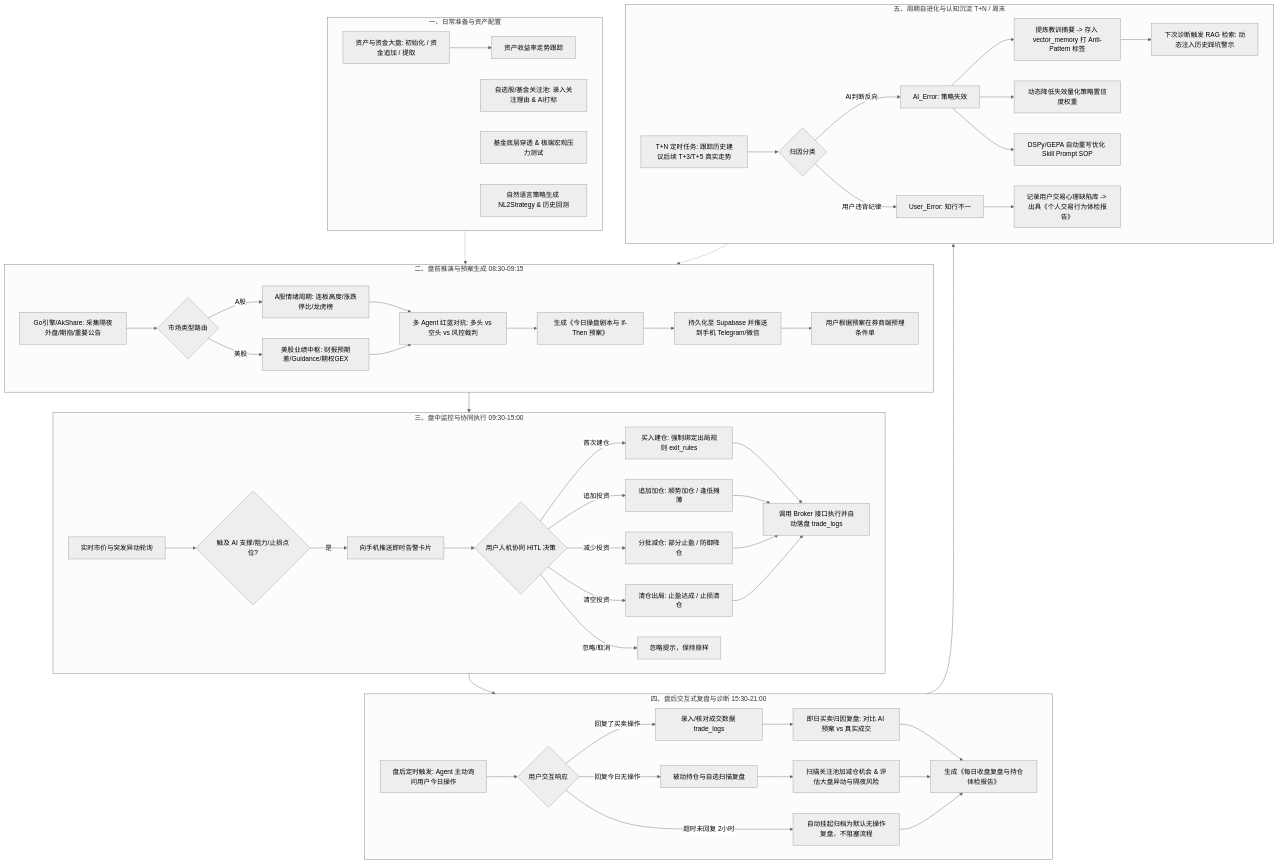
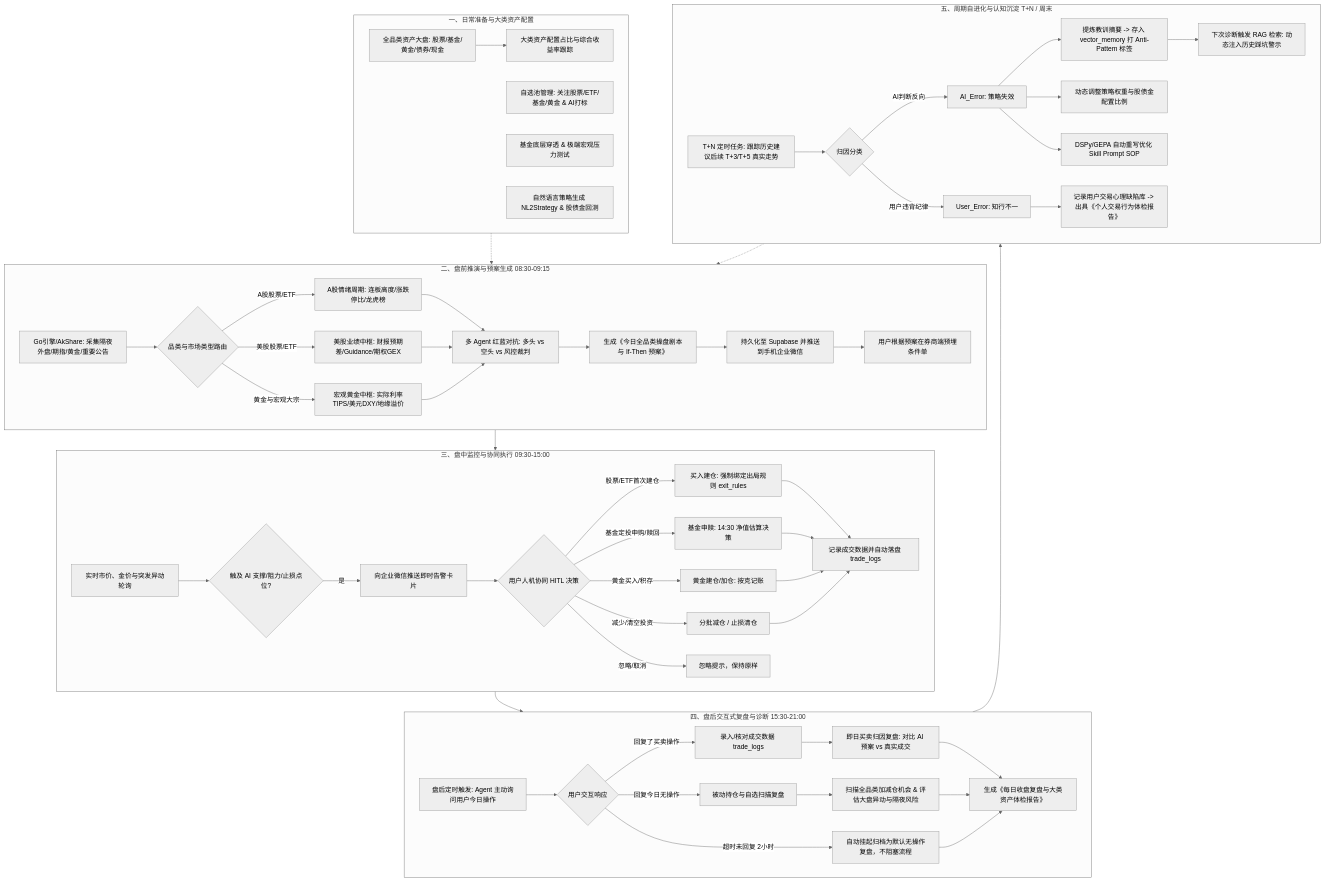
The first of 5 diagrams in docs/01.WealthSail投研平台需求文档.md (sinojelly/wealthsail), drawn with Mermaid (neutral theme) before and after one commit. The commit also changed other lines of this file and 2 other files, not shown here.

````diff
--- a/docs/01.WealthSail投研平台需求文档.md
+++ b/docs/01.WealthSail投研平台需求文档.md
@@ -49,73 +53,75 @@
 ```mermaid
 flowchart TD
     %% 阶段一：投前准备与资产管理
-    subgraph Phase1[一、日常准备与资产配置]
-        A1[资产与资金大盘: 初始化 / 资金追加 / 提取] --> A2[资产收益率走势跟踪]
-        A3[自选股/基金关注池: 录入关注理由 & AI打标]
+    subgraph Phase1[一、日常准备与大类资产配置]
+        A1[全品类资产大盘: 股票/基金/黄金/债券/现金] --> A2[大类资产配置占比与综合收益率跟踪]
+        A3[自选池管理: 关注股票/ETF/基金/黄金 & AI打标]
         A4[基金底层穿透 & 极端宏观压力测试]
-        A5[自然语言策略生成 NL2Strategy & 历史回测]
+        A5[自然语言策略生成 NL2Strategy & 股债金回测]
     end
 
     %% 阶段二：盘前推演与预案生成
     subgraph Phase2[二、盘前推演与预案生成 08:30-09:15]
-        B1[Go引擎/AkShare: 采集隔夜外盘/期指/重要公告] --> B2{市场类型路由}
-        B2 -- A股 --> B3[A股情绪周期: 连板高度/涨跌停比/龙虎榜]
-        B2 -- 美股 --> B4[美股业绩中枢: 财报预期差/Guidance/期权GEX]
-        B3 --> B5[多 Agent 红蓝对抗: 多头 vs 空头 vs 风控裁判]
-        B4 --> B5
-        B5 --> B6[生成《今日操盘剧本与 If-Then 预案》]
-        B6 --> B7[持久化至 Supabase 并推送到手机 Telegram/微信]
-        B7 --> B8[用户根据预案在券商端预埋条件单]
+        B1[Go引擎/AkShare: 采集隔夜外盘/期指/黄金/重要公告] --> B2{品类与市场类型路由}
+        B2 -- A股股票/ETF --> B3[A股情绪周期: 连板高度/涨跌停比/龙虎榜]
+        B2 -- 美股股票/ETF --> B4[美股业绩中枢: 财报预期差/Guidance/期权GEX]
+        B2 -- 黄金与宏观大宗 --> B5[宏观黄金中枢: 实际利率TIPS/美元DXY/地缘溢价]
+        B3 --> B6[多 Agent 红蓝对抗: 多头 vs 空头 vs 风控裁判]
+        B4 --> B6
+        B5 --> B6
+        B6 --> B7[生成《今日全品类操盘剧本与 If-Then 预案》]
+        B7 --> B8[持久化至 Supabase 并推送到手机企业微信]
+        B8 --> B9[用户根据预案在券商端预埋条件单]
     end
 
     %% 阶段三：盘中盯盘与协同执行
     subgraph Phase3[三、盘中监控与协同执行 09:30-15:00]
-        C1[实时市价与突发异动轮询] --> C2{触及 AI 支撑/阻力/止损点位?}
-        C2 -- 是 --> C3[向手机推送即时告警卡片]
+        C1[实时市价、金价与突发异动轮询] --> C2{触及 AI 支撑/阻力/止损点位?}
+        C2 -- 是 --> C3[向企业微信推送即时告警卡片]
         C3 --> C4{用户人机协同 HITL 决策}
         
-        C4 -- 首次建仓 --> C5[买入建仓: 强制绑定出局规则 exit_rules]
-        C4 -- 追加投资 --> C6[追加加仓: 顺势加仓 / 逢低摊薄]
-        C4 -- 减少投资 --> C7[分批减仓: 部分止盈 / 防御降仓]
-        C4 -- 清空投资 --> C8[清仓出局: 止盈达成 / 止损清仓]
+        C4 -- 股票/ETF首次建仓 --> C5[买入建仓: 强制绑定出局规则 exit_rules]
+        C4 -- 基金定投申购/赎回 --> C6[基金申赎: 14:30 净值估算决策]
+        C4 -- 黄金买入/积存 --> C7[黄金建仓/加仓: 按克记账]
+        C4 -- 减少/清空投资 --> C8[分批减仓 / 止损清仓]
         C4 -- 忽略/取消 --> C9[忽略提示，保持原样]
         
-        C5 & C6 & C7 & C8 --> C10[调用 Broker 接口执行并自动落盘 trade_logs]
+        C5 & C6 & C7 & C8 --> C10[记录成交数据并自动落盘 trade_logs]
     end
 
     %% 阶段四：盘后交互式复盘与诊断
     subgraph Phase4[四、盘后交互式复盘与诊断 15:30-21:00]
         D1[盘后定时触发: Agent 主动询问用户今日操作] --> D2{用户交互响应}
         
         D2 -- 回复了买卖操作 --> D3[录入/核对成交数据 trade_logs]
         D3 --> D4[即日买卖归因复盘: 对比 AI 预案 vs 真实成交]
         
         D2 -- 回复今日无操作 --> D5[被动持仓与自选扫描复盘]
-        D5 --> D6[扫描关注池加减仓机会 & 评估大盘异动与隔夜风险]
+        D5 --> D6[扫描全品类加减仓机会 & 评估大盘异动与隔夜风险]
         
         D2 -- 超时未回复 2小时 --> D7[自动挂起归档为默认无操作复盘，不阻塞流程]
         
-        D4 & D6 & D7 --> D8[生成《每日收盘复盘与持仓体检报告》]
+        D4 & D6 & D7 --> D8[生成《每日收盘复盘与大类资产体检报告》]
     end
 
     %% 阶段五：周期性自进化与认知沉淀
     subgraph Phase5[五、周期自进化与认知沉淀 T+N / 周末]
         E1[T+N 定时任务: 跟踪历史建议后续 T+3/T+5 真实走势] --> E2{归因分类}
         E2 -- AI判断反向 --> E3[AI_Error: 策略失效]
         E2 -- 用户违背纪律 --> E4[User_Error: 知行不一]
         
         E3 --> E5[提炼教训摘要 -> 存入 vector_memory 打 Anti-Pattern 标签]
-        E3 --> E6[动态降低失效量化策略置信度权重]
+        E3 --> E6[动态调整策略权重与股债金配置比例]
         E3 --> E7[DSPy/GEPA 自动重写优化 Skill Prompt SOP]
         
         E4 --> E8[记录用户交易心理缺陷库 -> 出具《个人交易行为体检报告》]
         
         E5 --> E9[下次诊断触发 RAG 检索: 动态注入历史踩坑警示]
     end
 
     Phase1 -.-> Phase2
     Phase2 --> Phase3
     Phase3 --> Phase4
     Phase4 --> Phase5
     Phase5 -.-> Phase2
 ```
````
